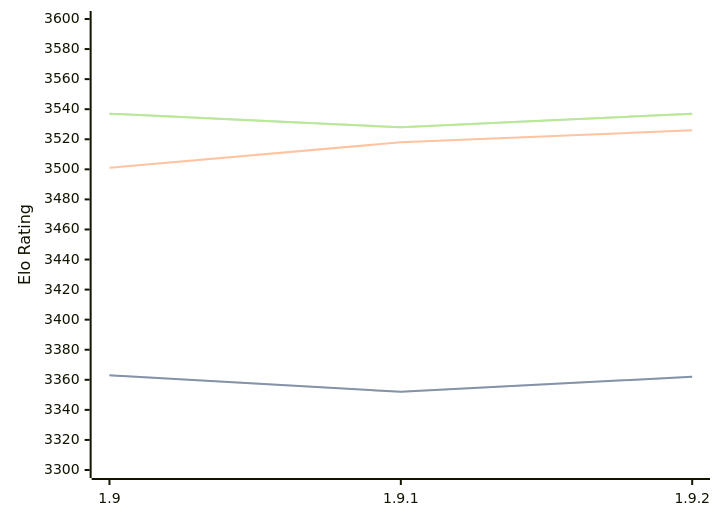
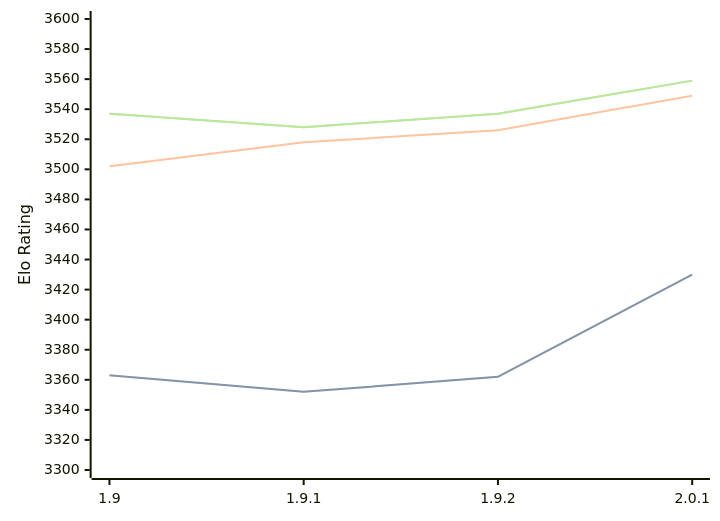
One commit to computer-chess-index/cci changed the third of 3 diagrams in engines/Pawnocchio.md. Above: the diagram before and after it, drawn with Mermaid. The commit also changed other lines of this file, not shown here.

Commit message:
Update CCI Ratings (ELO VLTC) - 2026-06-30

````diff
--- a/engines/Pawnocchio.md
+++ b/engines/Pawnocchio.md
@@ -83,11 +83,11 @@
 ```mermaid
 %%{init: {"theme":"base","themeVariables":{"seriesColors:['#a3a3a3','#222221','#faa371']}}}%%
 xychart-beta
-  x-axis ["1.9", "1.9.1", "1.9.2"]
+  x-axis ["1.9", "1.9.1", "1.9.2", "2.0.1"]
   y-axis "Elo Rating" 3300 --> 3600
-  line "STC (8.0+0.08s)" [3363, 3352, 3362]
-  line "STC (8.0+0.08s)" [3363, 3352, 3362]
-  line "LTC (60.0+0.60s)" [3501, 3518, 3526]
-  line "VLTC (2m24s+1.12s)" [3537, 3528, 3537]
-  line "VLTC (2m24s+1.12s)" [3537, 3528, 3537]
+  line "STC (8.0+0.08s)" [3363, 3352, 3362, 3430]
+  line "STC (8.0+0.08s)" [3363, 3352, 3362, 3430]
+  line "LTC (60.0+0.60s)" [3502, 3518, 3526, 3549]
+  line "VLTC (2m24s+1.12s)" [3537, 3528, 3537, 3559]
+  line "VLTC (2m24s+1.12s)" [3537, 3528, 3537, 3559]
 ```
````
